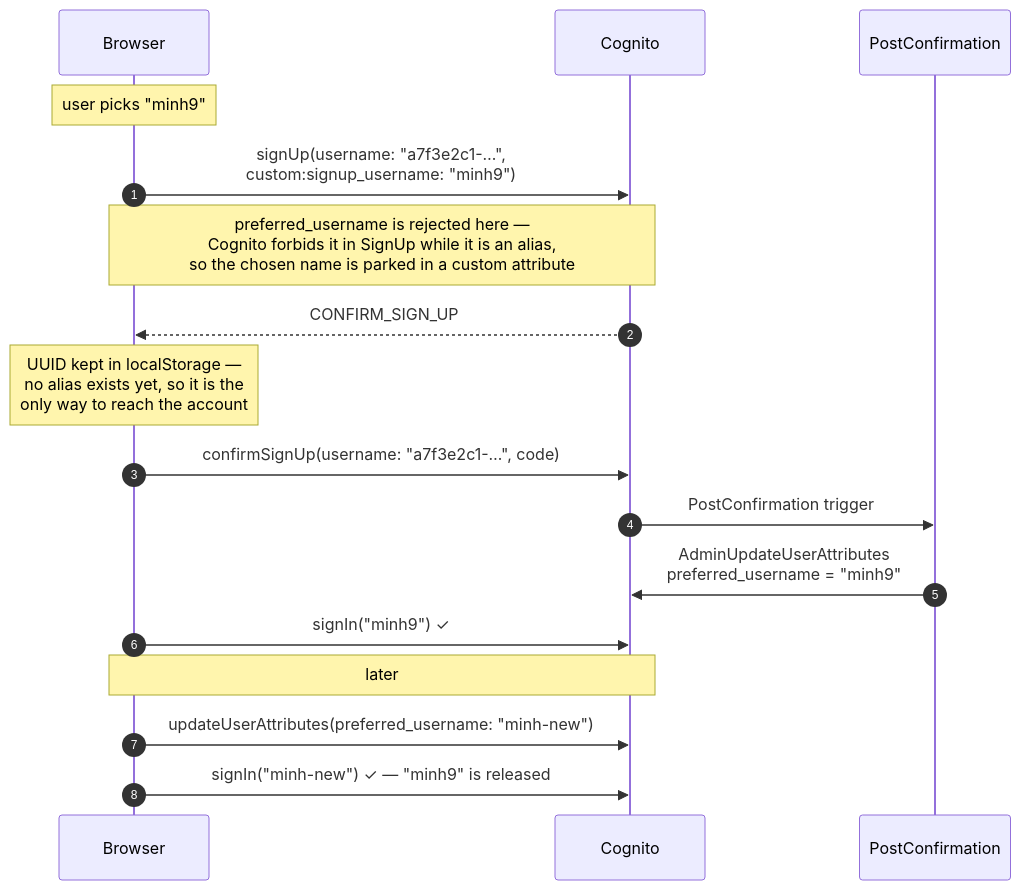
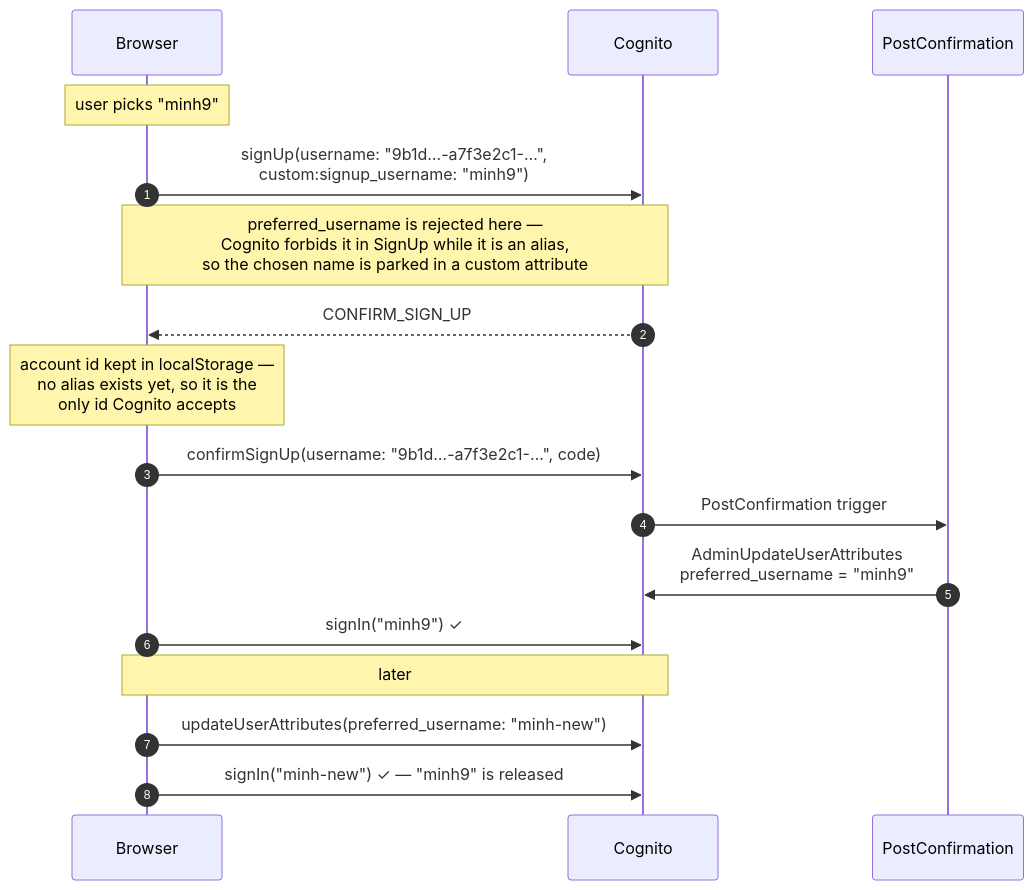
The second of 6 diagrams in PADISSOPOC/docs/architecture.md (minhthanhnguyen/PADISSOPOC), drawn with Mermaid before and after one commit. The commit also changed other lines of this file and 15 other files, not shown here.

````diff
--- a/PADISSOPOC/docs/architecture.md
+++ b/PADISSOPOC/docs/architecture.md
@@ -117,21 +117,21 @@
 ```mermaid
 sequenceDiagram
     autonumber
     participant U as Browser
     participant C as Cognito
     participant P as PostConfirmation
 
     Note over U: user picks "minh9"
-    U->>C: signUp(username: "a7f3e2c1-…",<br/>custom:signup_username: "minh9")
+    U->>C: signUp(username: "9b1d…-a7f3e2c1-…",<br/>custom:signup_username: "minh9")
     Note over U,C: preferred_username is rejected here —<br/>Cognito forbids it in SignUp while it is an alias,<br/>so the chosen name is parked in a custom attribute
     C-->>U: CONFIRM_SIGN_UP
-    Note over U: UUID kept in localStorage —<br/>no alias exists yet, so it is the<br/>only way to reach the account
-    U->>C: confirmSignUp(username: "a7f3e2c1-…", code)
+    Note over U: account id kept in localStorage —<br/>no alias exists yet, so it is the<br/>only id Cognito accepts
+    U->>C: confirmSignUp(username: "9b1d…-a7f3e2c1-…", code)
     C->>P: PostConfirmation trigger
     P->>C: AdminUpdateUserAttributes<br/>preferred_username = "minh9"
     U->>C: signIn("minh9") ✓
 
     Note over U,C: later
     U->>C: updateUserAttributes(preferred_username: "minh-new")
     U->>C: signIn("minh-new") ✓ — "minh9" is released
 ```
````
